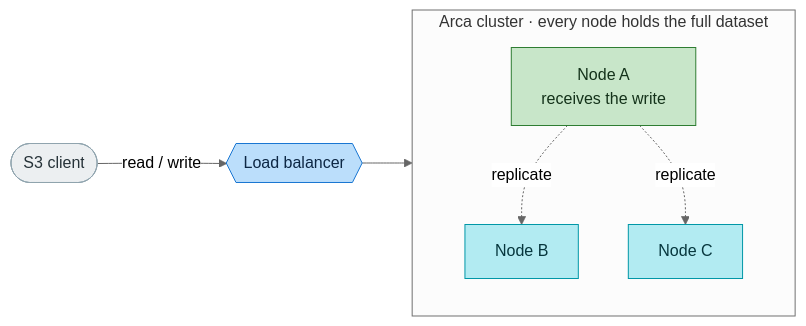
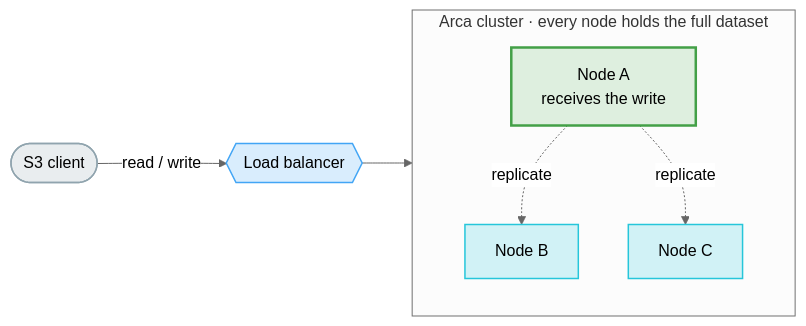
The first of 2 diagrams in documentation/docs/guide/ha.md (dxc-technology/arca), drawn with Mermaid (neutral theme) before and after one commit. The commit also changed other lines of this file and 2 other files, not shown here.

Commit message:
Docs: make HA diagram fills readable in dark mode
The HA-guide Mermaid diagrams used opaque light fills with a forced dark text
color, but mkdocs-material controls the label color per theme (light text in
dark mode), so in dark mode the labels were invisible on the light fills.

Switch the node fills to translucent tints (8-digit hex alpha) and drop the
forced text color: the page background now dominates the fill's lightness, so
the theme-managed label text stays readable in BOTH light and dark themes while
the colour tint and the coloured borders are preserved. Verified both diagrams
in both themes via Playwright.

````diff
--- a/documentation/docs/guide/ha.md
+++ b/documentation/docs/guide/ha.md
@@ -12,22 +12,22 @@
 ```mermaid
 flowchart LR
     Client(["S3 client"]) -->|"read / write"| LB{{"Load balancer"}}
     LB --> A
     subgraph cluster["Arca cluster · every node holds the full dataset"]
         direction TB
         B["Node B"]
         A["Node A<br/>receives the write"]
         C["Node C"]
         A -. "replicate" .-> B
         A -. "replicate" .-> C
     end
 
-    classDef client fill:#eceff1,stroke:#90a4ae,color:#263238;
-    classDef lb fill:#bbdefb,stroke:#1976d2,color:#0d2744;
-    classDef recv fill:#c8e6c9,stroke:#2e7d32,color:#14321a;
-    classDef peer fill:#b2ebf2,stroke:#0097a7,color:#06363d;
+    classDef client fill:#90a4ae33,stroke:#90a4ae,stroke-width:1.5px;
+    classDef lb fill:#42a5f533,stroke:#42a5f5,stroke-width:1.5px;
+    classDef recv fill:#66bb6a33,stroke:#43a047,stroke-width:2.5px;
+    classDef peer fill:#26c6da33,stroke:#26c6da,stroke-width:1.5px;
     class Client client;
     class LB lb;
     class A recv;
     class B,C peer;
 ```
````
